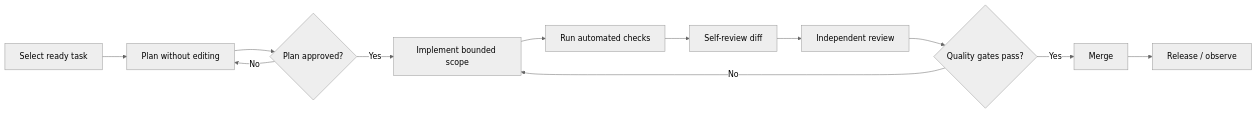
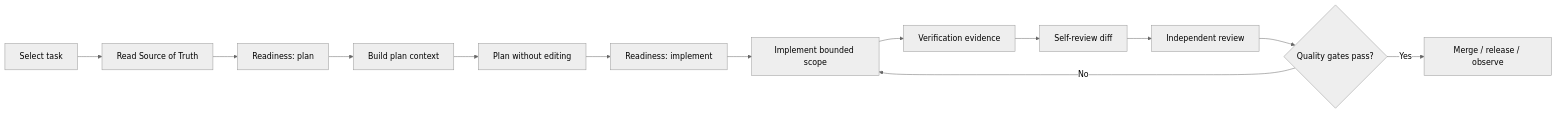
The diagram in README.md (MoeEyani/Vibe-Coding-Production-Kit), drawn with Mermaid (neutral theme) before and after one commit. The commit also changed other lines of this file and 2 other files, not shown here.

````diff
--- a/README.md
+++ b/README.md
@@ -201,14 +294,15 @@
 ```mermaid
 flowchart LR
-    A[Select ready task] --> B[Plan without editing]
-    B --> C{Plan approved?}
-    C -- No --> B
-    C -- Yes --> D[Implement bounded scope]
-    D --> E[Run automated checks]
-    E --> F[Self-review diff]
-    F --> G[Independent review]
-    G --> H{Quality gates pass?}
-    H -- No --> D
-    H -- Yes --> I[Merge]
-    I --> J[Release / observe]
+    A[Select task] --> B[Read Source of Truth]
+    B --> C[Readiness: plan]
+    C --> D[Build plan context]
+    D --> E[Plan without editing]
+    E --> F[Readiness: implement]
+    F --> G[Implement bounded scope]
+    G --> H[Verification evidence]
+    H --> I[Self-review diff]
+    I --> J[Independent review]
+    J --> K{Quality gates pass?}
+    K -- No --> G
+    K -- Yes --> L[Merge / release / observe]
 ```
````
